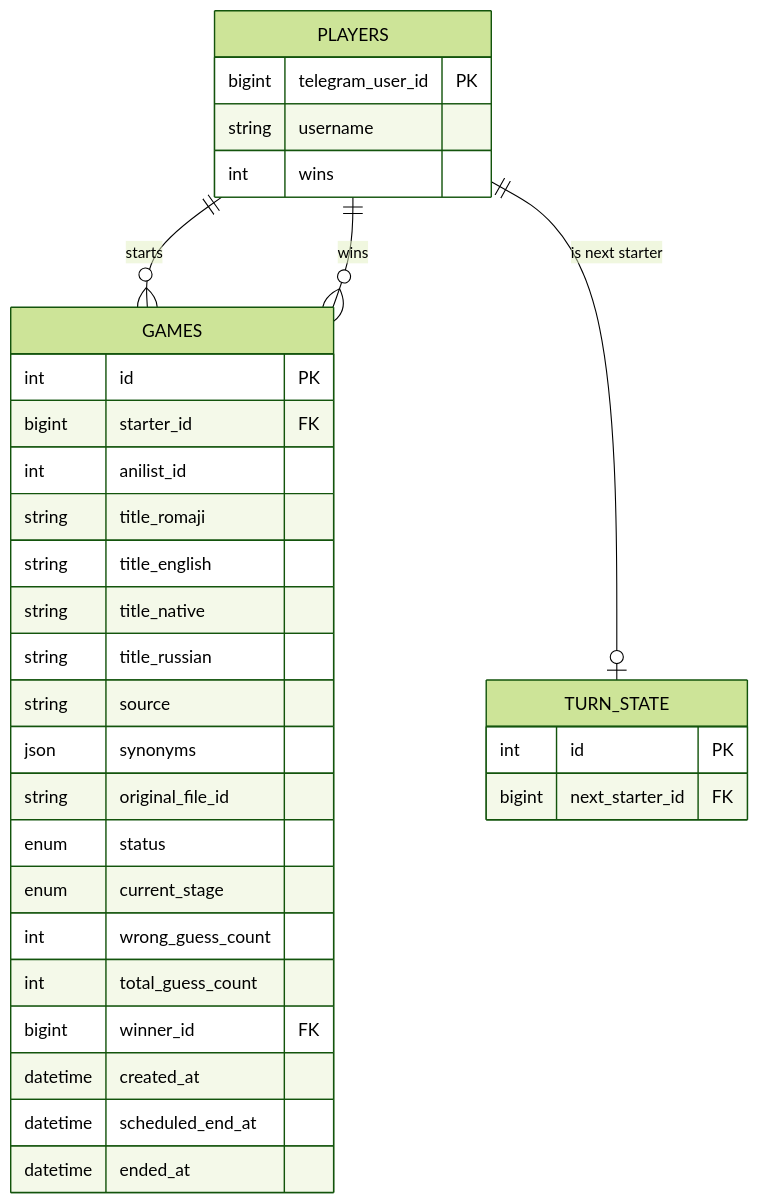
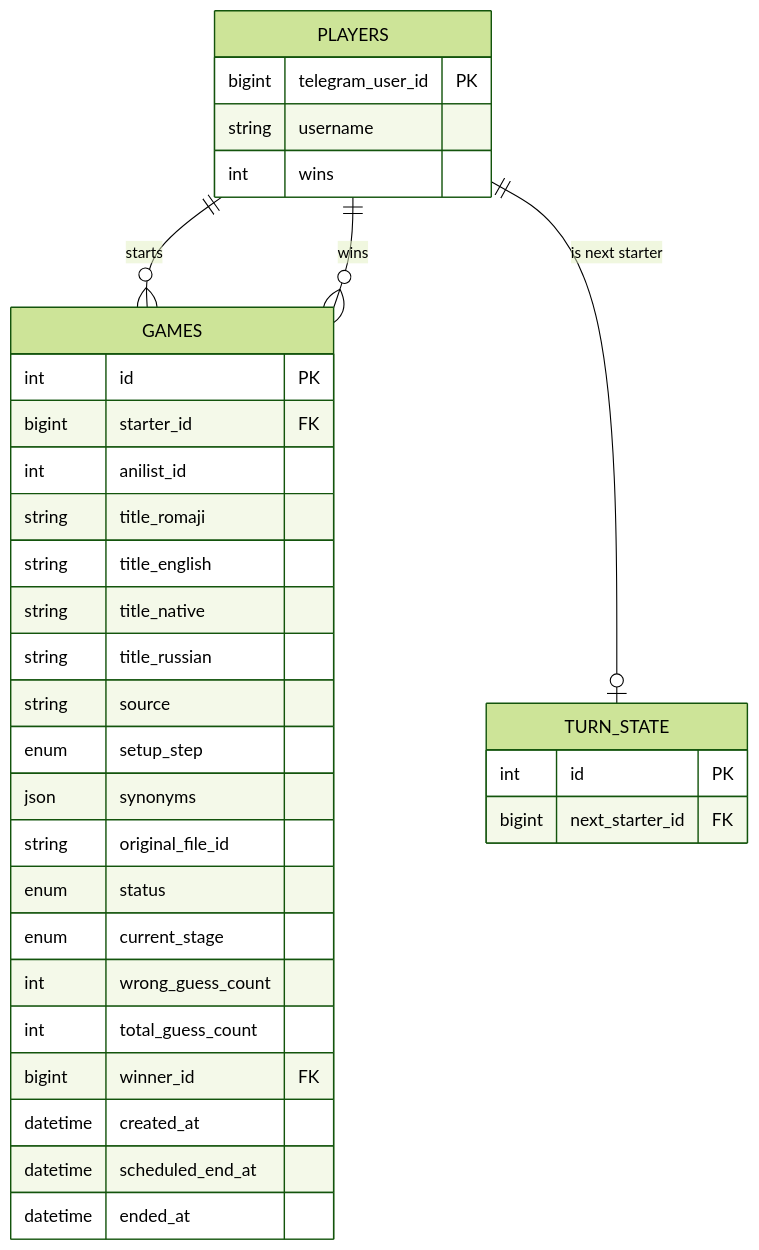
One commit to sm-steel/nani-pix-bot changed the diagram in ARCHITECTURE.md. Above: the diagram before and after it, drawn with Mermaid (forest theme). The commit also changed other lines of this file and 13 other files, not shown here.

````diff
--- a/ARCHITECTURE.md
+++ b/ARCHITECTURE.md
@@ -84,36 +84,37 @@
 ```mermaid
 erDiagram
     PLAYERS ||--o{ GAMES : starts
     PLAYERS ||--o{ GAMES : wins
     PLAYERS ||--o| TURN_STATE : "is next starter"
 
     PLAYERS {
         bigint telegram_user_id PK
         string username
         int wins
     }
     GAMES {
         int id PK
         bigint starter_id FK
         int anilist_id
         string title_romaji
         string title_english
         string title_native
         string title_russian
         string source
+        enum setup_step
         json synonyms
         string original_file_id
         enum status
         enum current_stage
         int wrong_guess_count
         int total_guess_count
         bigint winner_id FK
         datetime created_at
         datetime scheduled_end_at
         datetime ended_at
     }
     TURN_STATE {
         int id PK
         bigint next_starter_id FK
     }
 ```
````
